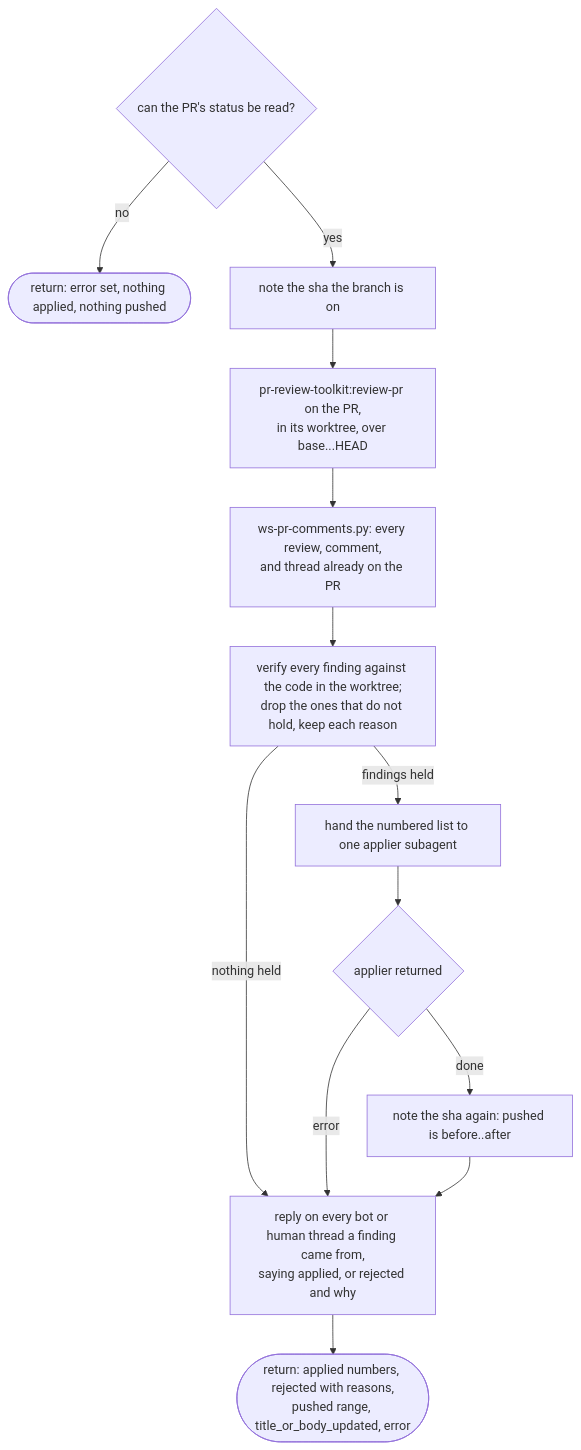
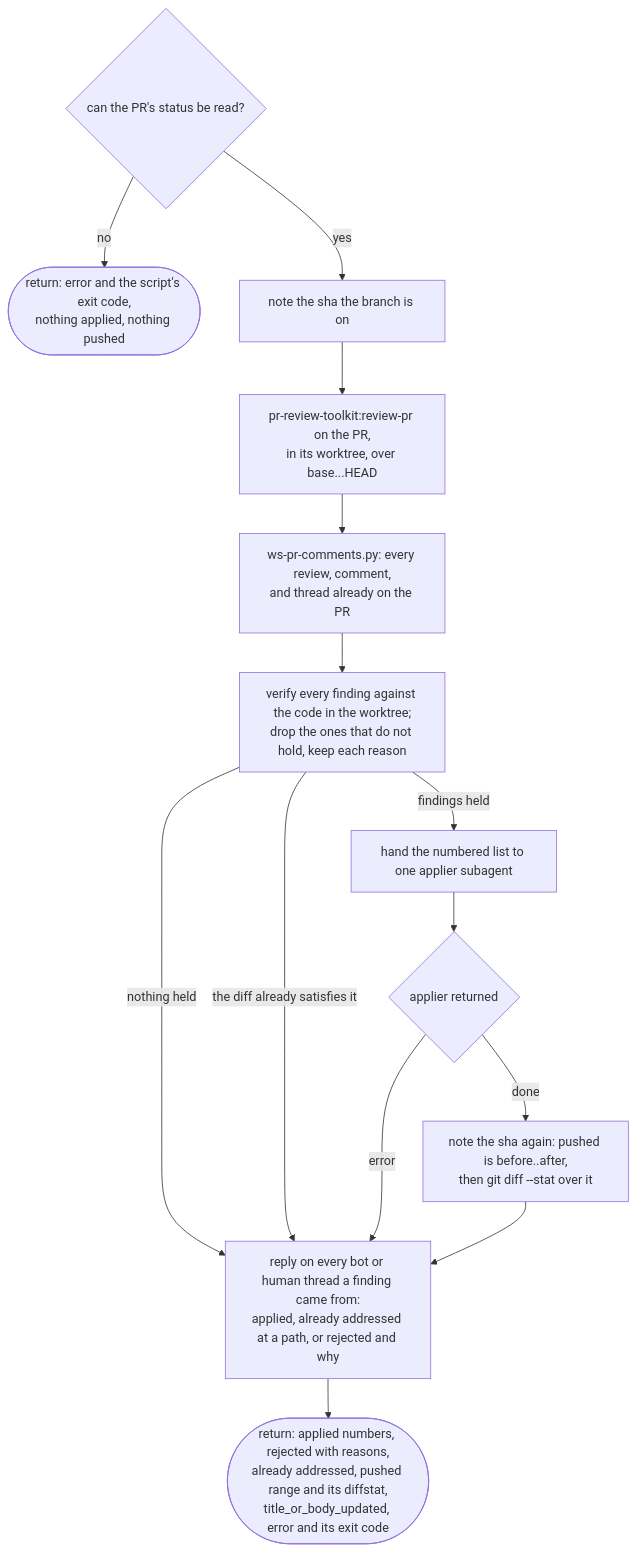
Before and after one commit to bje-settings/claude: the diagram in plugins/workstreams/skills/review/FLOW.md, drawn with Mermaid. The commit also changed other lines of this file and 8 other files, not shown here.

Commit message:
docs(workstreams): let the caller decide on a round's exit code and diffstat

````diff
--- a/plugins/workstreams/skills/review/FLOW.md
+++ b/plugins/workstreams/skills/review/FLOW.md
@@ -3,16 +3,17 @@
 ```mermaid
 flowchart TD
     S{can the PR's status be read?}
-    S -->|no| S1([return: error set, nothing applied, nothing pushed])
+    S -->|no| S1([return: error and the script's exit code,<br>nothing applied, nothing pushed])
     S -->|yes| H[note the sha the branch is on]
     H --> R[pr-review-toolkit:review-pr on the PR,<br>in its worktree, over base...HEAD]
     R --> G[ws-pr-comments.py: every review, comment,<br>and thread already on the PR]
     G --> V[verify every finding against the code in the worktree;<br>drop the ones that do not hold, keep each reason]
     V -->|nothing held| Y
+    V -->|the diff already satisfies it| Y
     V -->|findings held| AP[hand the numbered list to one applier subagent]
     AP --> AQ{applier returned}
     AQ -->|error| Y
-    AQ -->|done| P[note the sha again: pushed is before..after]
-    P --> Y[reply on every bot or human thread a finding came from,<br>saying applied, or rejected and why]
-    Y --> Z([return: applied numbers, rejected with reasons,<br>pushed range, title_or_body_updated, error])
+    AQ -->|done| P[note the sha again: pushed is before..after,<br>then git diff --stat over it]
+    P --> Y[reply on every bot or human thread a finding came from:<br>applied, already addressed at a path, or rejected and why]
+    Y --> Z([return: applied numbers, rejected with reasons,<br>already addressed, pushed range and its diffstat,<br>title_or_body_updated, error and its exit code])
 ```
````
